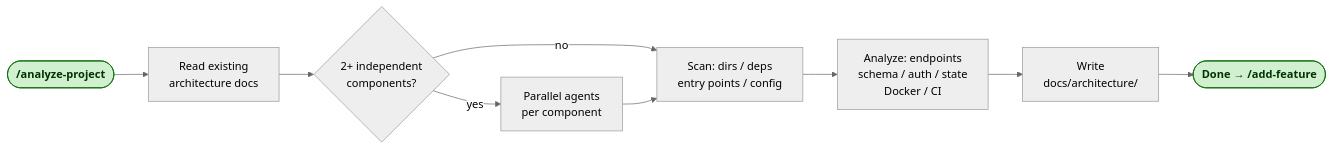
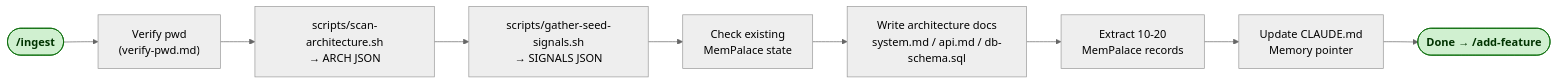
Before and after one commit to vladislavsournine/vladyslav-skills: the third of 14 diagrams in docs/diagrams/skill-flows.md, drawn with Mermaid (neutral theme). The commit also changed other lines of this file and 21 other files, not shown here.

````diff
--- a/docs/diagrams/skill-flows.md
+++ b/docs/diagrams/skill-flows.md
@@ -45,14 +45,14 @@
 ```mermaid
 flowchart LR
-    A([/analyze-project]):::start --> B[Read existing\narchitecture docs]
-    B --> C{2+ independent\ncomponents?}
-    C -- yes --> D[Parallel agents\nper component]
-    C -- no  --> E[Scan: dirs / deps\nentry points / config]
-    D --> E
-    E --> F[Analyze: endpoints\nschema / auth / state\nDocker / CI]
-    F --> G[Write\ndocs/architecture/]
-    G --> H([Done → /add-feature]):::done
+    A([/ingest]):::start --> B["Verify pwd<br/>(verify-pwd.md)"]
+    B --> C["scripts/scan-architecture.sh<br/>→ ARCH JSON"]
+    C --> D["scripts/gather-seed-signals.sh<br/>→ SIGNALS JSON"]
+    D --> E[Check existing<br/>MemPalace state]
+    E --> F[Write architecture docs<br/>system.md / api.md / db-schema.sql]
+    F --> G[Extract 10-20<br/>MemPalace records]
+    G --> H[Update CLAUDE.md<br/>Memory pointer]
+    H --> I([Done → /add-feature]):::done
 
     classDef start fill:#d0f0d0,stroke:#006600,color:#003300,font-weight:bold
     classDef done  fill:#d0f0d0,stroke:#006600,color:#003300,font-weight:bold
 ```
````
